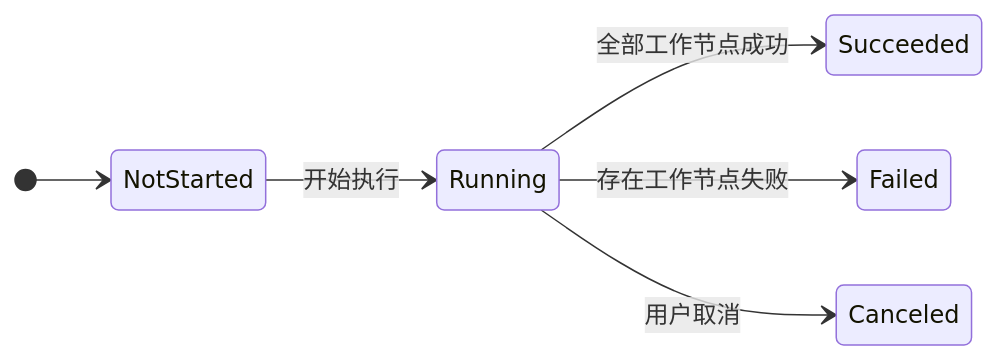
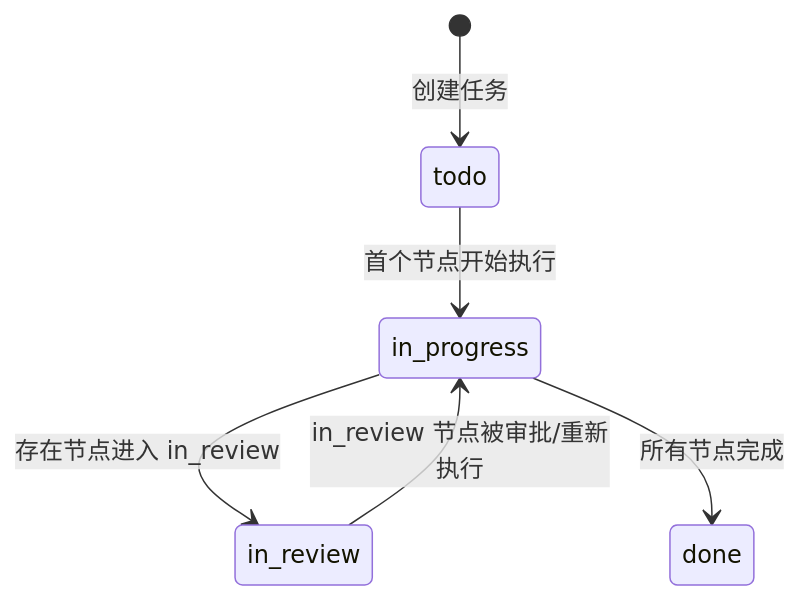
One commit to Whisper24X/personal changed the seventh of 13 diagrams in docs/ainative-requirement-design.md. Above: the diagram before and after it, drawn with Mermaid. The commit also changed other lines of this file, not shown here.

````diff
--- a/docs/ainative-requirement-design.md
+++ b/docs/ainative-requirement-design.md
@@ -427,9 +440,8 @@
 ```mermaid
 stateDiagram-v2
-    direction LR
-    [*] --> NotStarted
-    NotStarted --> Running: 开始执行
-    Running --> Succeeded: 全部工作节点成功
-    Running --> Failed: 存在工作节点失败
-    Running --> Canceled: 用户取消
+    [*] --> todo: 创建任务
+    todo --> in_progress: 首个节点开始执行
+    in_progress --> in_review: 存在节点进入 in_review
+    in_progress --> done: 所有节点完成
+    in_review --> in_progress: in_review 节点被审批/重新执行
 ```
````
